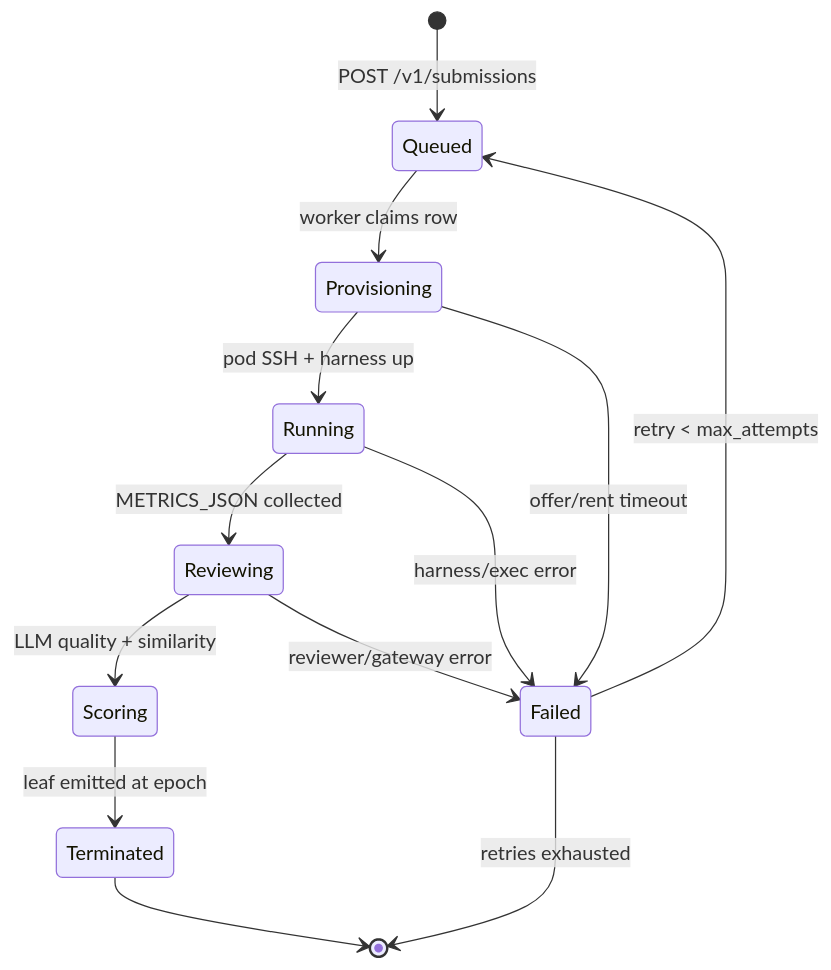
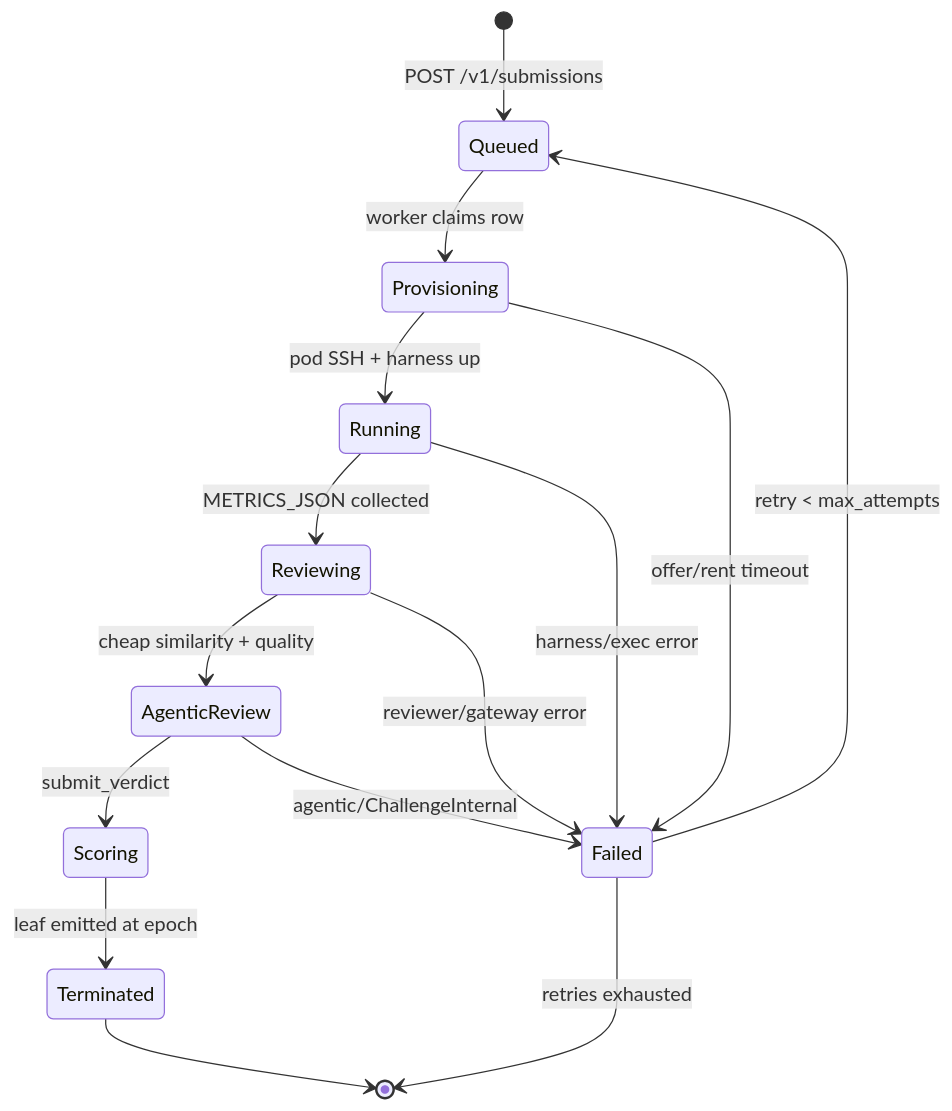
Before and after one commit to BaseIntelligence/base: the diagram in docs/PRISM.md, drawn with Mermaid. The commit also changed other lines of this file and 360 other files, not shown here.

````diff
--- a/docs/PRISM.md
+++ b/docs/PRISM.md
@@ -26,15 +31,17 @@
 ```mermaid
 stateDiagram-v2
     [*] --> Queued: POST /v1/submissions
     Queued --> Provisioning: worker claims row
     Provisioning --> Running: pod SSH + harness up
     Running --> Reviewing: METRICS_JSON collected
-    Reviewing --> Scoring: LLM quality + similarity
+    Reviewing --> AgenticReview: cheap similarity + quality
+    AgenticReview --> Scoring: submit_verdict
     Scoring --> Terminated: leaf emitted at epoch
     Provisioning --> Failed: offer/rent timeout
     Running --> Failed: harness/exec error
     Reviewing --> Failed: reviewer/gateway error
+    AgenticReview --> Failed: agentic/ChallengeInternal
     Failed --> Queued: retry < max_attempts
     Failed --> [*]: retries exhausted
     Terminated --> [*]
 ```
````
